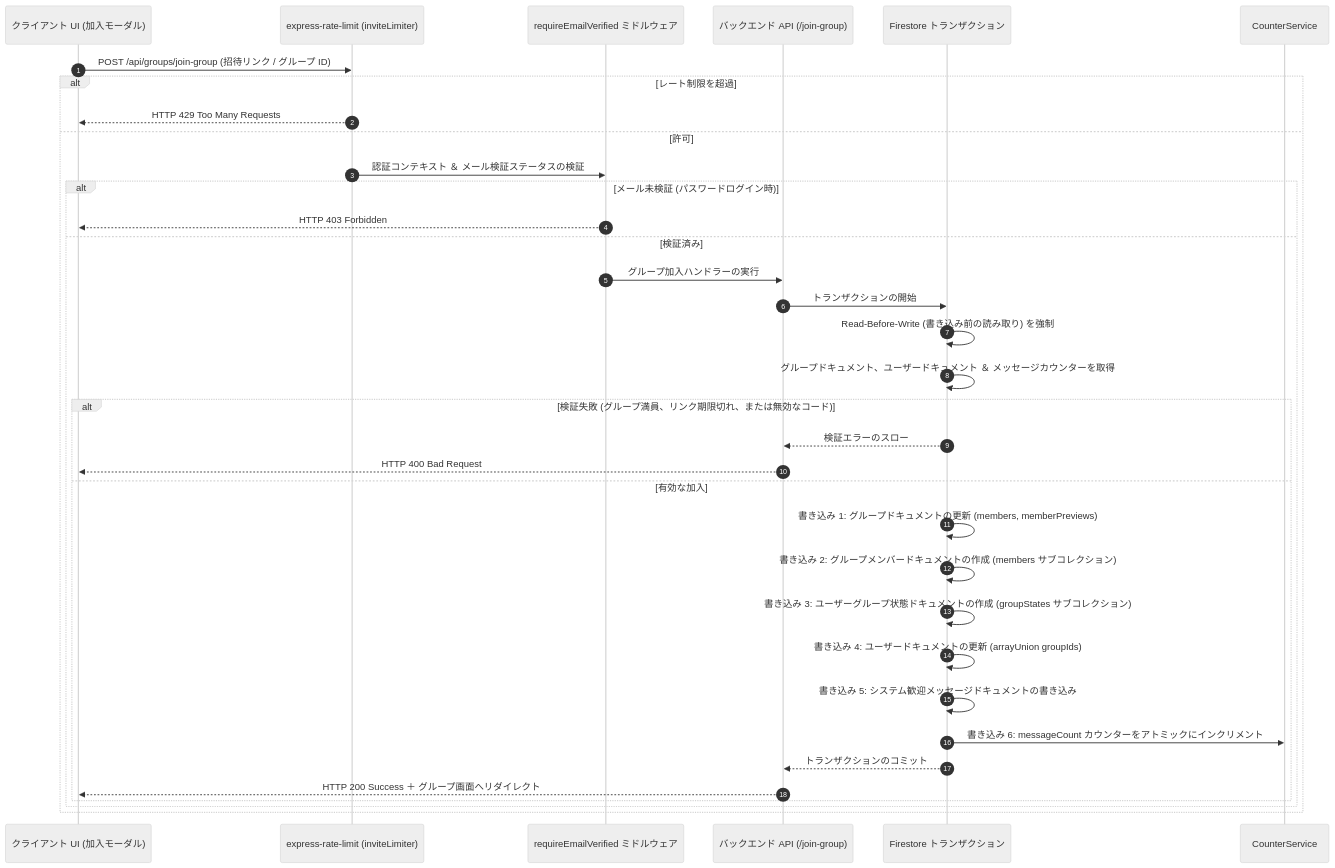
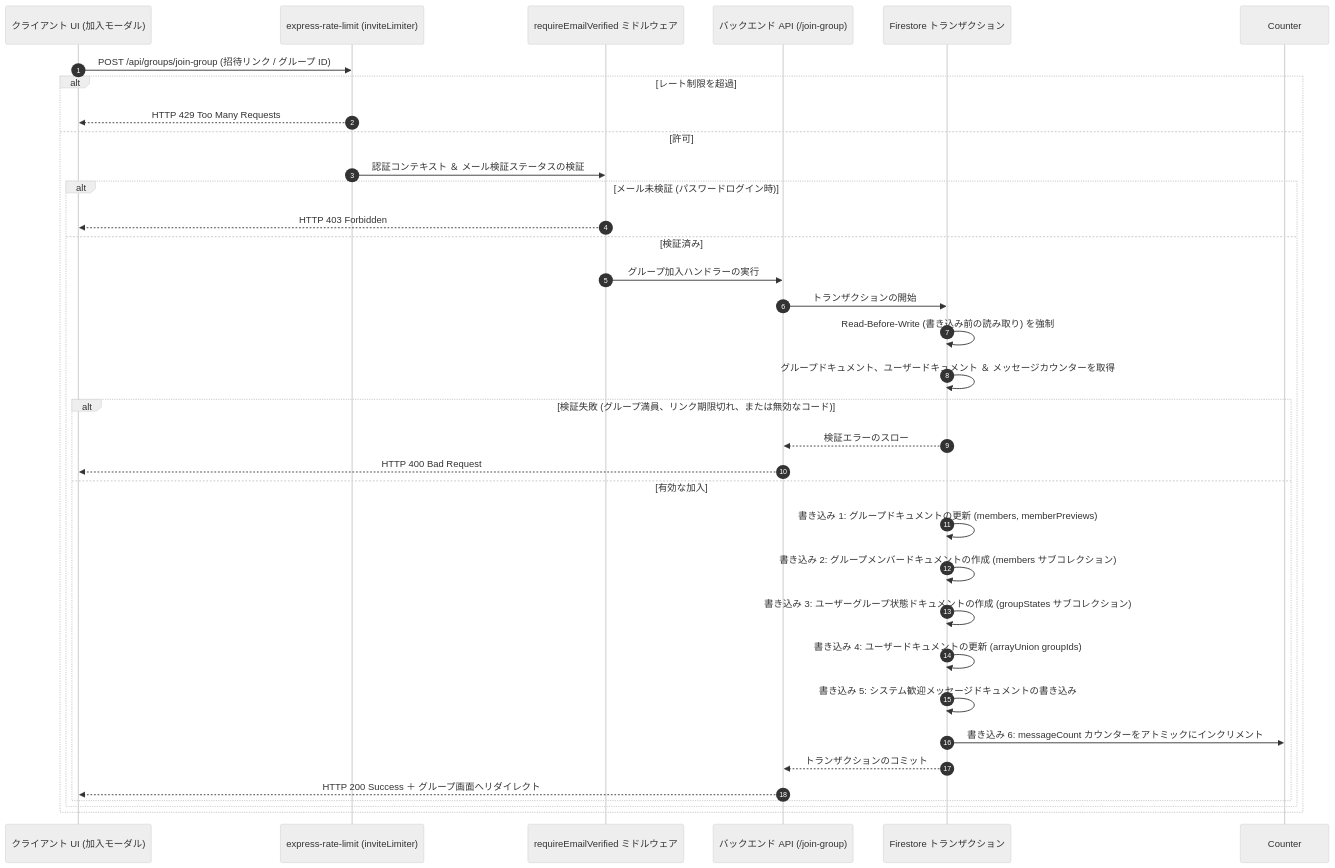
The diagram in docs/ja/group-invites.md (ScriptureHabit/scripture-habit), drawn with Mermaid (neutral theme) before and after one commit. The commit also changed other lines of this file and 14 other files, not shown here.

````diff
--- a/docs/ja/group-invites.md
+++ b/docs/ja/group-invites.md
@@ -11,39 +11,38 @@
 ```mermaid
 sequenceDiagram
     autonumber
     participant UI as クライアント UI (加入モーダル)
     participant Rate as express-rate-limit (inviteLimiter)
     participant Auth as requireEmailVerified ミドルウェア
     participant API as バックエンド API (/join-group)
     participant DB as Firestore トランザクション
-    participant Counter as CounterService
 
     UI->>Rate: POST /api/groups/join-group (招待リンク / グループ ID)
     alt レート制限を超過
         Rate-->>UI: HTTP 429 Too Many Requests
     else 許可
         Rate->>Auth: 認証コンテキスト ＆ メール検証ステータスの検証
         alt メール未検証 (パスワードログイン時)
             Auth-->>UI: HTTP 403 Forbidden
         else 検証済み
             Auth->>API: グループ加入ハンドラーの実行
             API->>DB: トランザクションの開始
             DB->>DB: Read-Before-Write (書き込み前の読み取り) を強制
             DB->>DB: グループドキュメント、ユーザードキュメント ＆ メッセージカウンターを取得
             
             alt 検証失敗 (グループ満員、リンク期限切れ、または無効なコード)
                 DB-->>API: 検証エラーのスロー
                 API-->>UI: HTTP 400 Bad Request
             else 有効な加入
                 DB->>DB: 書き込み 1: グループドキュメントの更新 (members, memberPreviews)
                 DB->>DB: 書き込み 2: グループメンバードキュメントの作成 (members サブコレクション)
                 DB->>DB: 書き込み 3: ユーザーグループ状態ドキュメントの作成 (groupStates サブコレクション)
                 DB->>DB: 書き込み 4: ユーザードキュメントの更新 (arrayUnion groupIds)
                 DB->>DB: 書き込み 5: システム歓迎メッセージドキュメントの書き込み
                 DB->>Counter: 書き込み 6: messageCount カウンターをアトミックにインクリメント
                 DB-->>API: トランザクションのコミット
                 API-->>UI: HTTP 200 Success ＋ グループ画面へリダイレクト
             end
         end
     end
 ```
````
